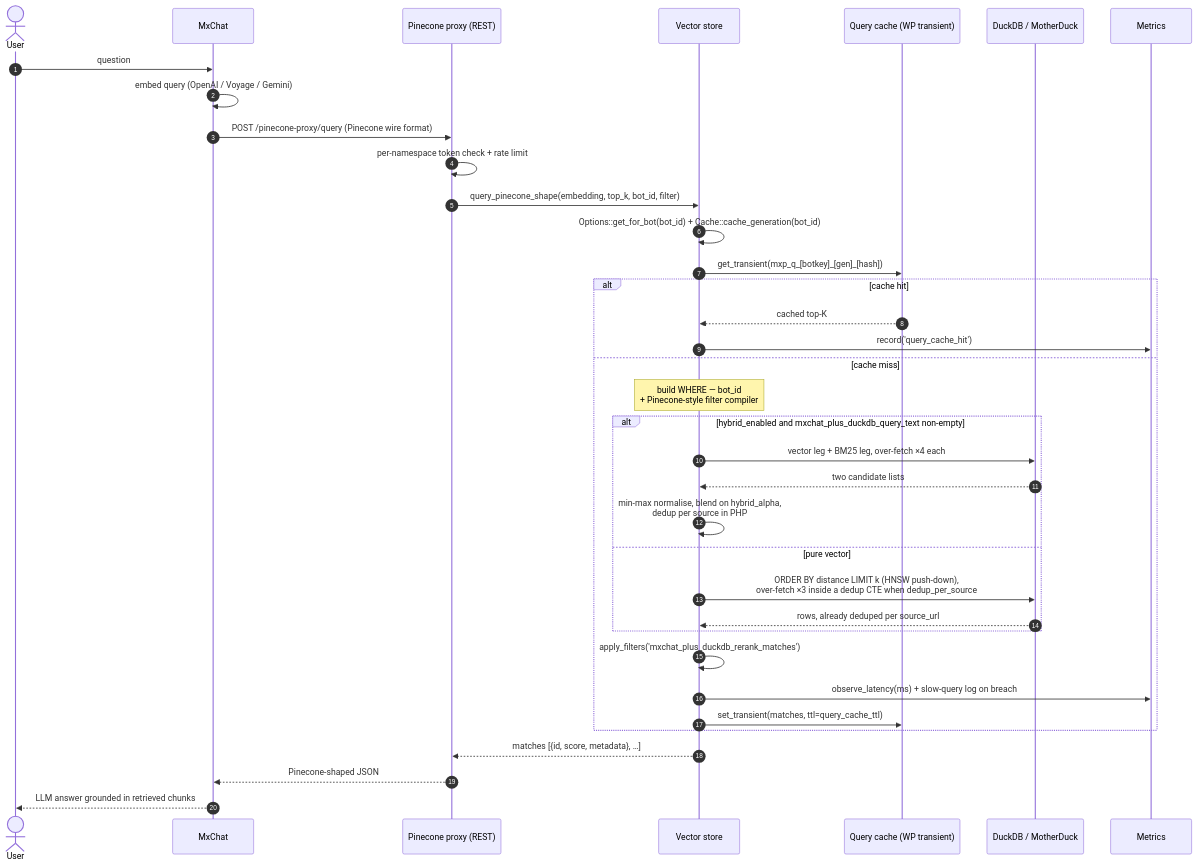
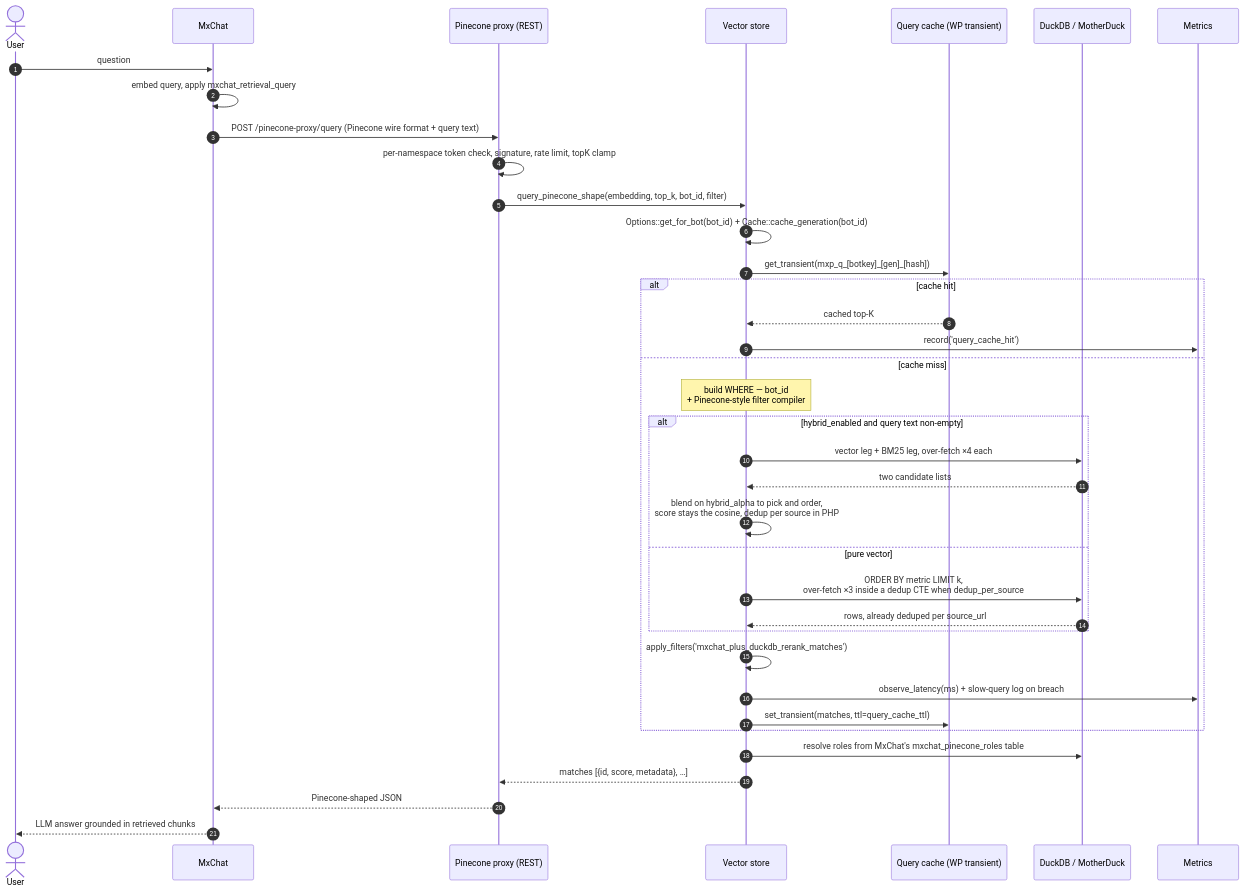
One commit to PaulArgoud/MxChat-Plus changed the second of 2 diagrams in docs/duckdb/ARCHITECTURE.md. Above: the diagram before and after it, drawn with Mermaid. The commit also changed other lines of this file and 101 other files, not shown here.

First line of the commit message:
Make MxChat Plus compatible with MxChat 3.2.25 and bump to 1.1.0

````diff
--- a/docs/duckdb/ARCHITECTURE.md
+++ b/docs/duckdb/ARCHITECTURE.md
@@ -103,41 +196,42 @@
 ```mermaid
 sequenceDiagram
     autonumber
     actor User
     participant MxChat
     participant Proxy as Pinecone proxy (REST)
     participant Store as Vector store
     participant Cache as Query cache (WP transient)
     participant DB as DuckDB / MotherDuck
     participant Metrics
 
     User->>MxChat: question
-    MxChat->>MxChat: embed query (OpenAI / Voyage / Gemini)
-    MxChat->>Proxy: POST /pinecone-proxy/query (Pinecone wire format)
-    Proxy->>Proxy: per-namespace token check + rate limit
+    MxChat->>MxChat: embed query, apply mxchat_retrieval_query
+    MxChat->>Proxy: POST /pinecone-proxy/query (Pinecone wire format + query text)
+    Proxy->>Proxy: per-namespace token check, signature, rate limit, topK clamp
     Proxy->>Store: query_pinecone_shape(embedding, top_k, bot_id, filter)
     Store->>Store: Options::get_for_bot(bot_id) + Cache::cache_generation(bot_id)
     Store->>Cache: get_transient(mxp_q_[botkey]_[gen]_[hash])
 
     alt cache hit
         Cache-->>Store: cached top-K
         Store->>Metrics: record('query_cache_hit')
     else cache miss
         Note over Store: build WHERE — bot_id<br/>+ Pinecone-style filter compiler
-        alt hybrid_enabled and mxchat_plus_duckdb_query_text non-empty
+        alt hybrid_enabled and query text non-empty
             Store->>DB: vector leg + BM25 leg, over-fetch ×4 each
             DB-->>Store: two candidate lists
-            Store->>Store: min-max normalise, blend on hybrid_alpha,<br/>dedup per source in PHP
+            Store->>Store: blend on hybrid_alpha to pick and order,<br/>score stays the cosine, dedup per source in PHP
         else pure vector
-            Store->>DB: ORDER BY distance LIMIT k (HNSW push-down),<br/>over-fetch ×3 inside a dedup CTE when dedup_per_source
+            Store->>DB: ORDER BY metric LIMIT k,<br/>over-fetch ×3 inside a dedup CTE when dedup_per_source
             DB-->>Store: rows, already deduped per source_url
         end
         Store->>Store: apply_filters('mxchat_plus_duckdb_rerank_matches')
         Store->>Metrics: observe_latency(ms) + slow-query log on breach
         Store->>Cache: set_transient(matches, ttl=query_cache_ttl)
     end
 
+    Store->>DB: resolve roles from MxChat's mxchat_pinecone_roles table
     Store-->>Proxy: matches [{id, score, metadata}, …]
     Proxy-->>MxChat: Pinecone-shaped JSON
     MxChat-->>User: LLM answer grounded in retrieved chunks
 ```
````
